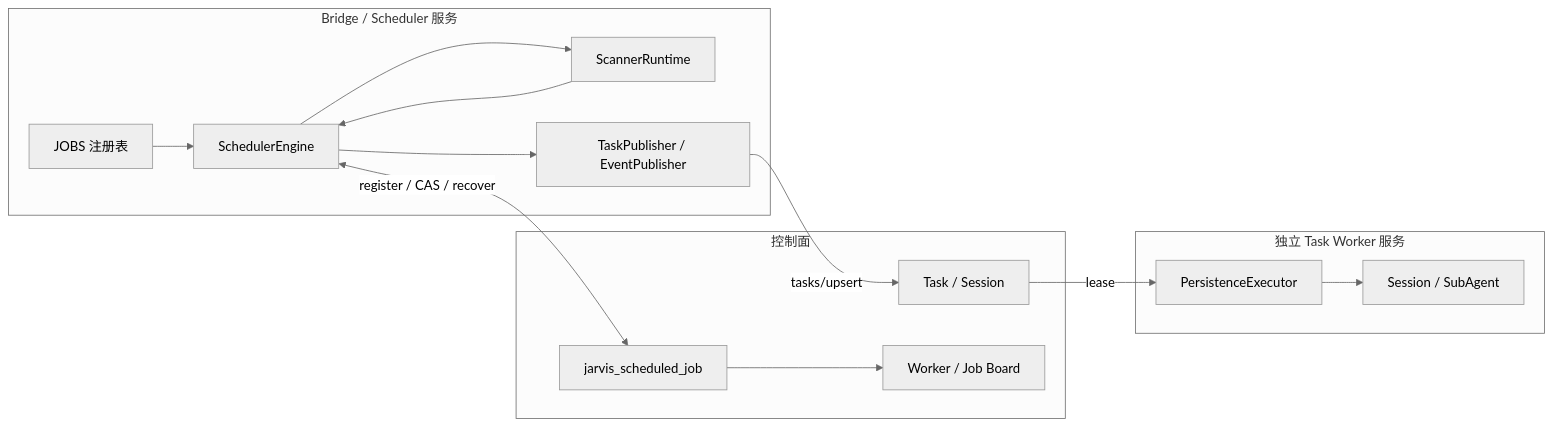
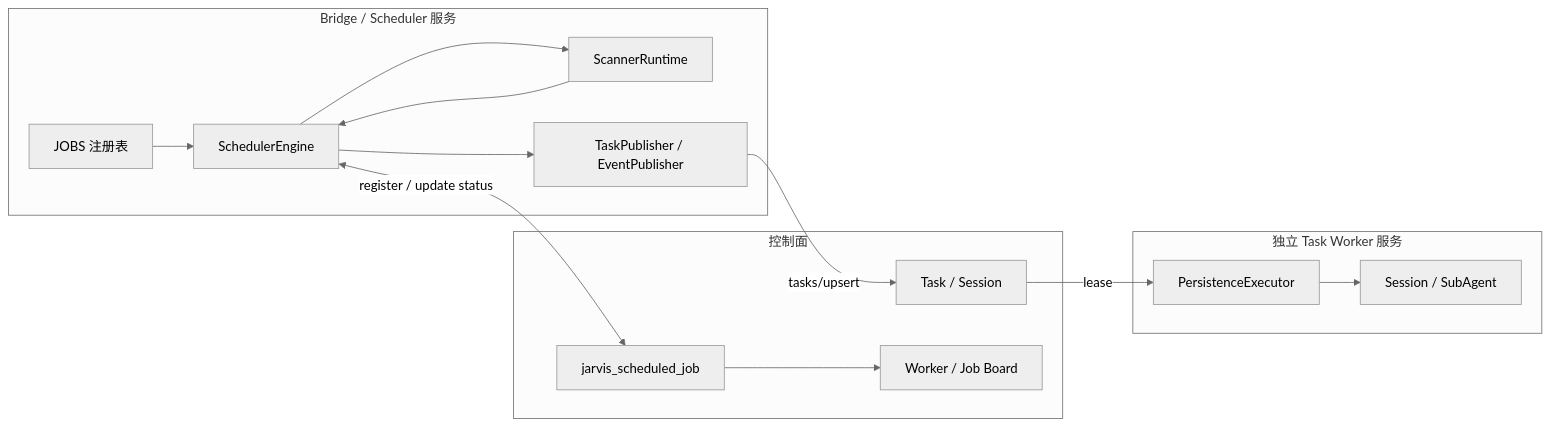
The first of 2 diagrams in docs/superpowers/specs/2026-07-20-bridge-scheduler-refactor-design.md (aliyun/terraform-provider-alicloud), drawn with Mermaid (neutral theme) before and after one commit. The commit also changed other lines of this file, not shown here.

Commit message:
docs: simplify scheduled job state table

````diff
--- a/docs/superpowers/specs/2026-07-20-bridge-scheduler-refactor-design.md
+++ b/docs/superpowers/specs/2026-07-20-bridge-scheduler-refactor-design.md
@@ -88,30 +89,30 @@
 ```mermaid
 flowchart LR
     subgraph Bridge["Bridge / Scheduler 服务"]
         Registry["JOBS 注册表"]
         Engine["SchedulerEngine"]
         Runtime["ScannerRuntime"]
         Publisher["TaskPublisher / EventPublisher"]
         Registry --> Engine
         Engine --> Runtime
         Runtime --> Engine
         Engine --> Publisher
     end
 
     subgraph CP["控制面"]
         JobState["jarvis_scheduled_job"]
         Task["Task / Session"]
         Board["Worker / Job Board"]
     end
 
     subgraph Worker["独立 Task Worker 服务"]
         Lease["PersistenceExecutor"]
         Agent["Session / SubAgent"]
         Lease --> Agent
     end
 
-    Engine <-->|"register / CAS / recover"| JobState
+    Engine <-->|"register / update status"| JobState
     Publisher -->|"tasks/upsert"| Task
     JobState --> Board
     Task -->|"lease"| Lease
 ```
````
